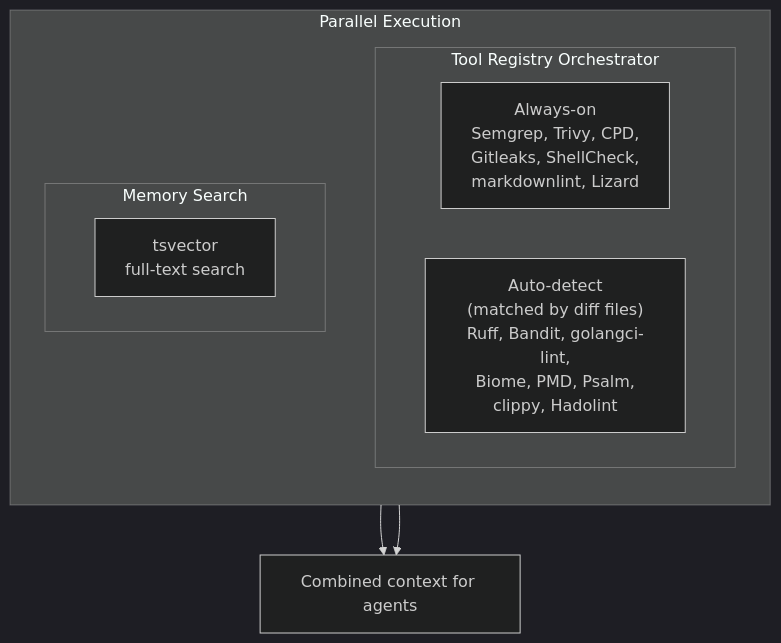
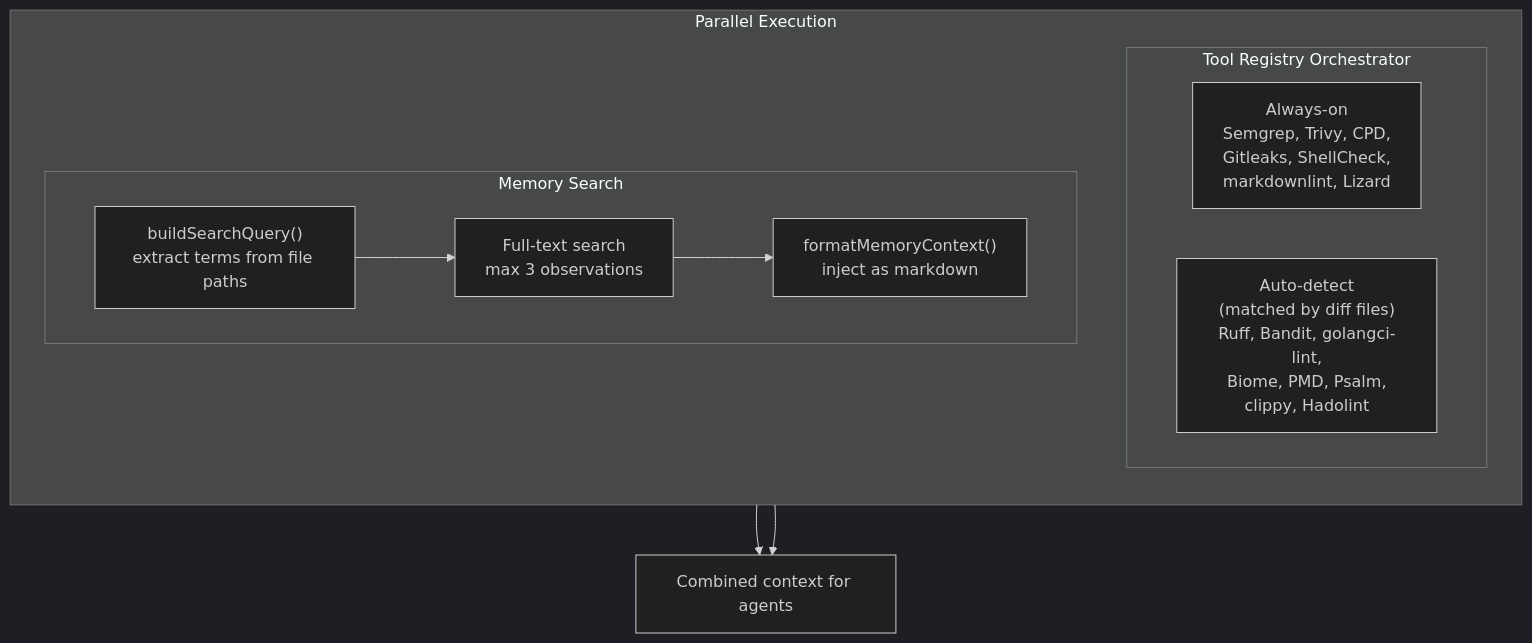
Before and after one commit to JNZader/ghagga: the second of 2 diagrams in docs/review-pipeline.md, drawn with Mermaid (dark theme). The commit also changed other lines of this file and 12 other files, not shown here.

````diff
--- a/docs/review-pipeline.md
+++ b/docs/review-pipeline.md
@@ -55,15 +55,18 @@
 ```mermaid
 graph TB
   subgraph Parallel["Parallel Execution"]
     direction TB
     subgraph Static["Tool Registry Orchestrator"]
       AlwaysOn["Always-on<br/>Semgrep, Trivy, CPD,<br/>Gitleaks, ShellCheck,<br/>markdownlint, Lizard"]
       AutoDetect["Auto-detect<br/>(matched by diff files)<br/>Ruff, Bandit, golangci-lint,<br/>Biome, PMD, Psalm,<br/>clippy, Hadolint"]
     end
     subgraph Mem["Memory Search"]
-      FTS["tsvector<br/>full-text search"]
+      BuildQ["buildSearchQuery()<br/>extract terms from file paths"]
+      FTS["Full-text search<br/>max 3 observations"]
+      Format["formatMemoryContext()<br/>inject as markdown"]
+      BuildQ --> FTS --> Format
     end
   end
   Static --> Combined["Combined context for agents"]
   Mem --> Combined
 ```
````
